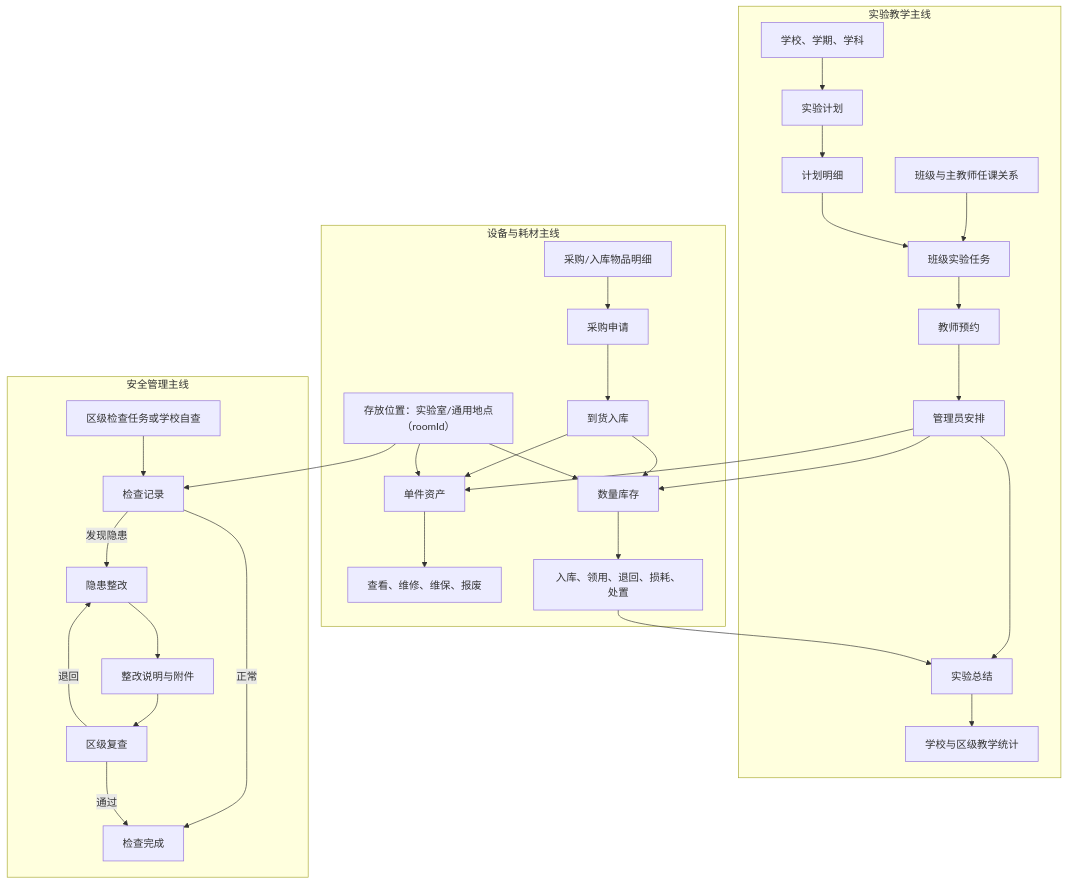
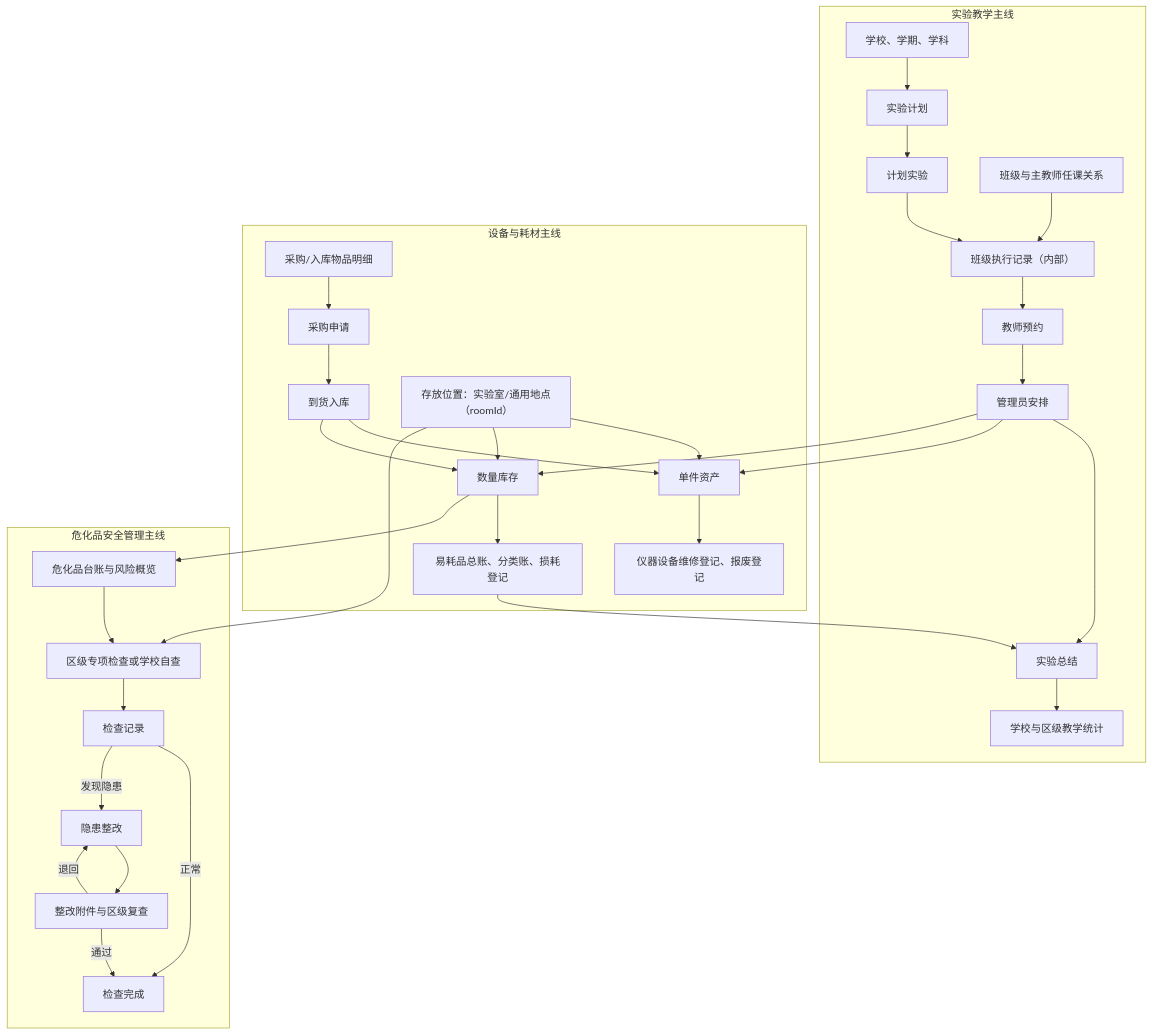
The first of 10 diagrams in new-demo/当前Demo业务流程与数据关系闭环评估报告.md (AlettaOkori/Qingpu_LaboratoryManagementSystem), drawn with Mermaid before and after one commit. The commit also changed other lines of this file and 37 other files, not shown here.

````diff
--- a/new-demo/当前Demo业务流程与数据关系闭环评估报告.md
+++ b/new-demo/当前Demo业务流程与数据关系闭环评估报告.md
@@ -48,39 +52,40 @@
 ```mermaid
 flowchart TB
   subgraph T[实验教学主线]
     T1[学校、学期、学科] --> T2[实验计划]
-    T2 --> T3[计划明细]
-    T4[班级与主教师任课关系] --> T5[班级实验任务]
+    T2 --> T3[计划实验]
+    T4[班级与主教师任课关系] --> T5[班级执行记录（内部）]
     T3 --> T5
     T5 --> T6[教师预约]
     T6 --> T7[管理员安排]
     T7 --> T8[实验总结]
     T8 --> T9[学校与区级教学统计]
   end
 
   subgraph R[设备与耗材主线]
     R1[采购/入库物品明细] --> R2[采购申请]
     R2 --> R3[到货入库]
     R3 --> R4[单件资产]
     R3 --> R5[数量库存]
     R6[存放位置：实验室/通用地点（roomId）] --> R4
     R6 --> R5
-    R4 --> R7[查看、维修、维保、报废]
-    R5 --> R8[入库、领用、退回、损耗、处置]
+    R4 --> R7[仪器设备维修登记、报废登记]
+    R5 --> R8[易耗品总账、分类账、损耗登记]
   end
 
-  subgraph S[安全管理主线]
-    S1[区级检查任务或学校自查] --> S2[检查记录]
-    S2 -->|正常| S6[检查完成]
-    S2 -->|发现隐患| S3[隐患整改]
-    S3 --> S4[整改说明与附件]
-    S4 --> S5[区级复查]
+  subgraph S[危化品安全管理主线]
+    S1[危化品台账与风险概览] --> S2[区级专项检查或学校自查]
+    S2 --> S3[检查记录]
+    S3 -->|正常| S6[检查完成]
+    S3 -->|发现隐患| S4[隐患整改]
+    S4 --> S5[整改附件与区级复查]
     S5 -->|通过| S6
-    S5 -->|退回| S3
+    S5 -->|退回| S4
   end
 
+  R5 --> S1
   R6 --> S2
   T7 --> R4
   T7 --> R5
   R8 --> T8
 ```
````
